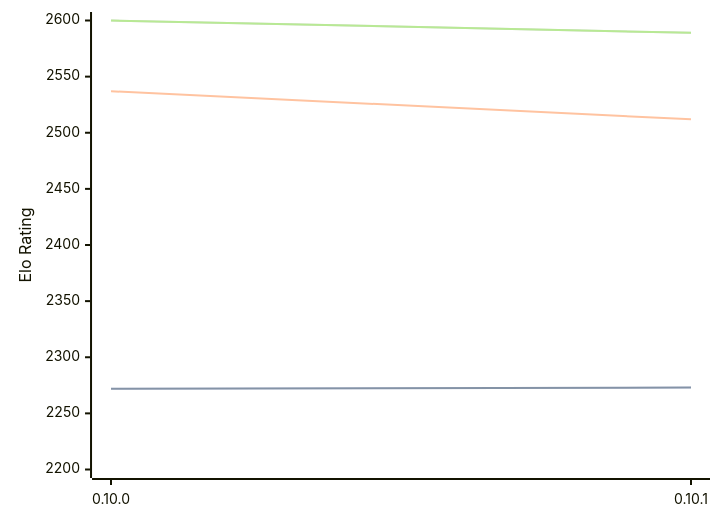
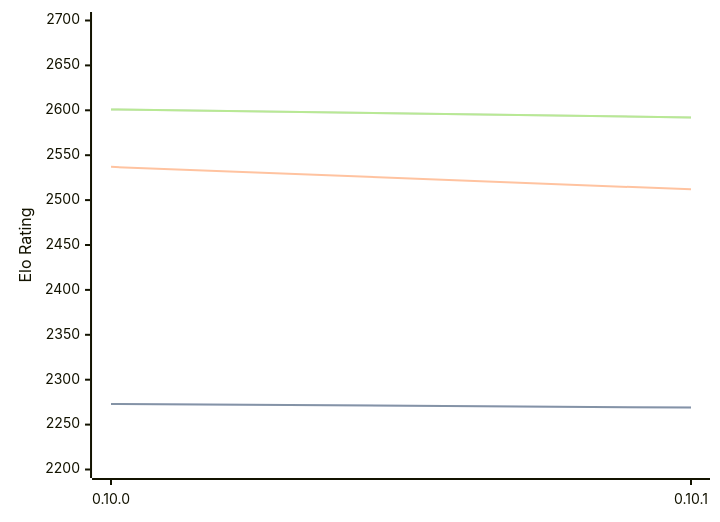
The diagram in engines/Fatalii.md (computer-chess-index/cci), drawn with Mermaid before and after one commit. The commit also changed other lines of this file, not shown here.

Commit message:
Update CCI Ratings (ELO VLTC) - 2026-08-25

````diff
--- a/engines/Fatalii.md
+++ b/engines/Fatalii.md
@@ -32,11 +32,11 @@
 ```mermaid
 %%{init: {"theme":"base","themeVariables":{"seriesColors:['#a3a3a3','#222221','#faa371']}}}%%
 xychart-beta
   x-axis ["0.10.0", "0.10.1"]
-  y-axis "Elo Rating" 2200 --> 2600
-  line "STC (8.0+0.08s)" [2272, 2273]
-  line "STC (8.0+0.08s)" [2272, 2273]
+  y-axis "Elo Rating" 2200 --> 2700
+  line "STC (8.0+0.08s)" [2273, 2269]
+  line "STC (8.0+0.08s)" [2273, 2269]
   line "LTC (60.0+0.60s)" [2537, 2512]
-  line "VLTC (2m24s+1.12s)" [2600, 2589]
-  line "VLTC (2m24s+1.12s)" [2600, 2589]
+  line "VLTC (2m24s+1.12s)" [2601, 2592]
+  line "VLTC (2m24s+1.12s)" [2601, 2592]
 ```
````
